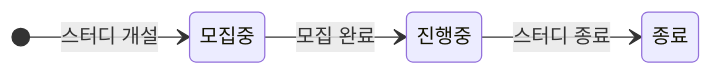
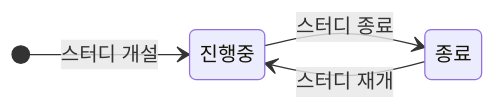
One commit to Nubblee/Nubble-docs changed the first of 2 diagrams in core.md. Above: the diagram before and after it, drawn with Mermaid. The commit also changed 2 other files, not shown here.

Commit message:
스터디 모집 상태 제거
- 모집 <-> 진행 상태별로 동작차이가 없음
- 간단한 상태 관리에서 필요시 추가

````diff
--- a/core.md
+++ b/core.md
@@ -7,7 +7,7 @@
 ```mermaid
 stateDiagram-v2
 direction LR
-    [*] --> 모집중: 스터디 개설
-    모집중 --> 진행중: 모집 완료
+    [*] --> 진행중: 스터디 개설
     진행중 --> 종료: 스터디 종료
+    종료 --> 진행중: 스터디 재개
 ```
````
